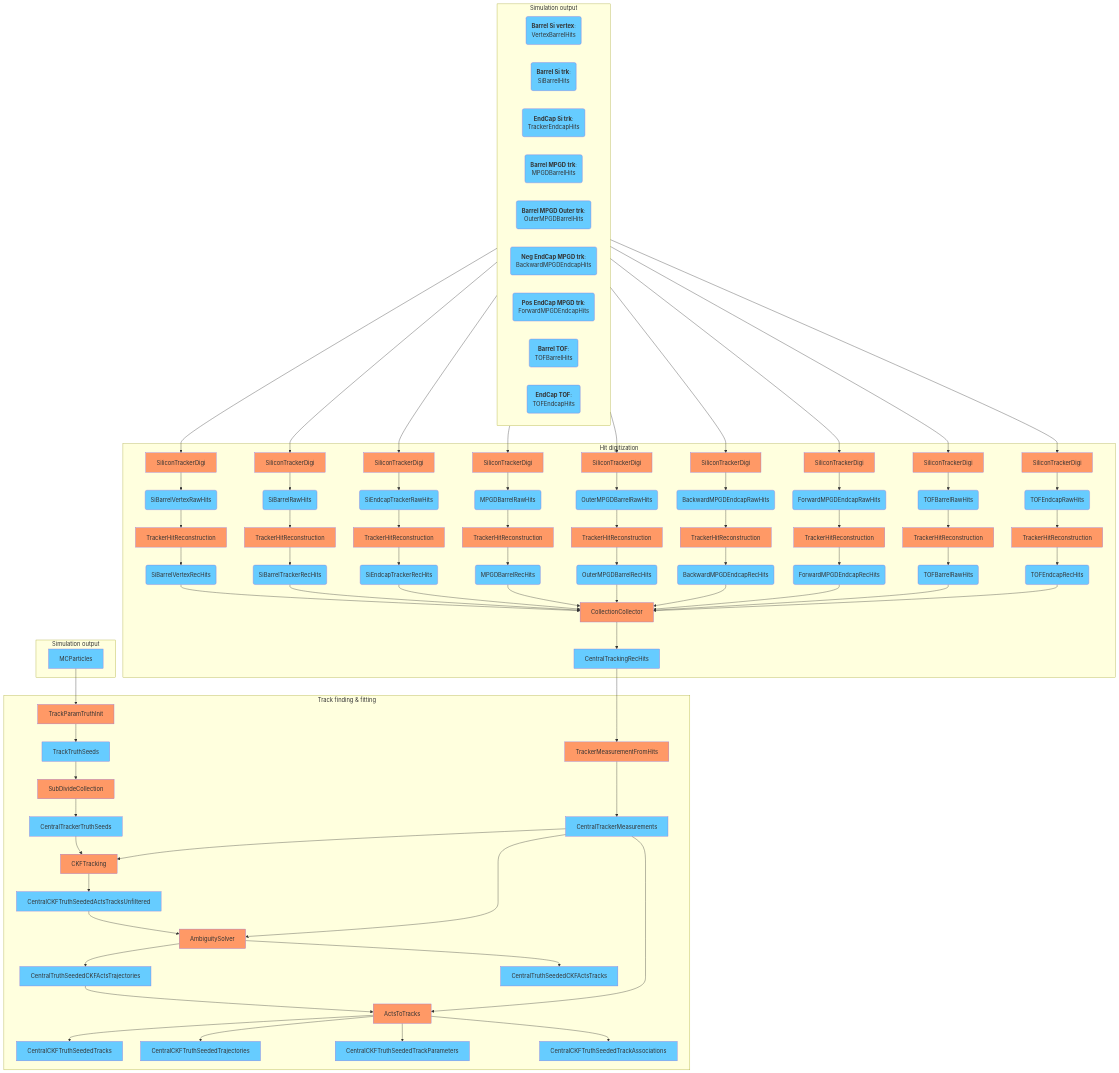
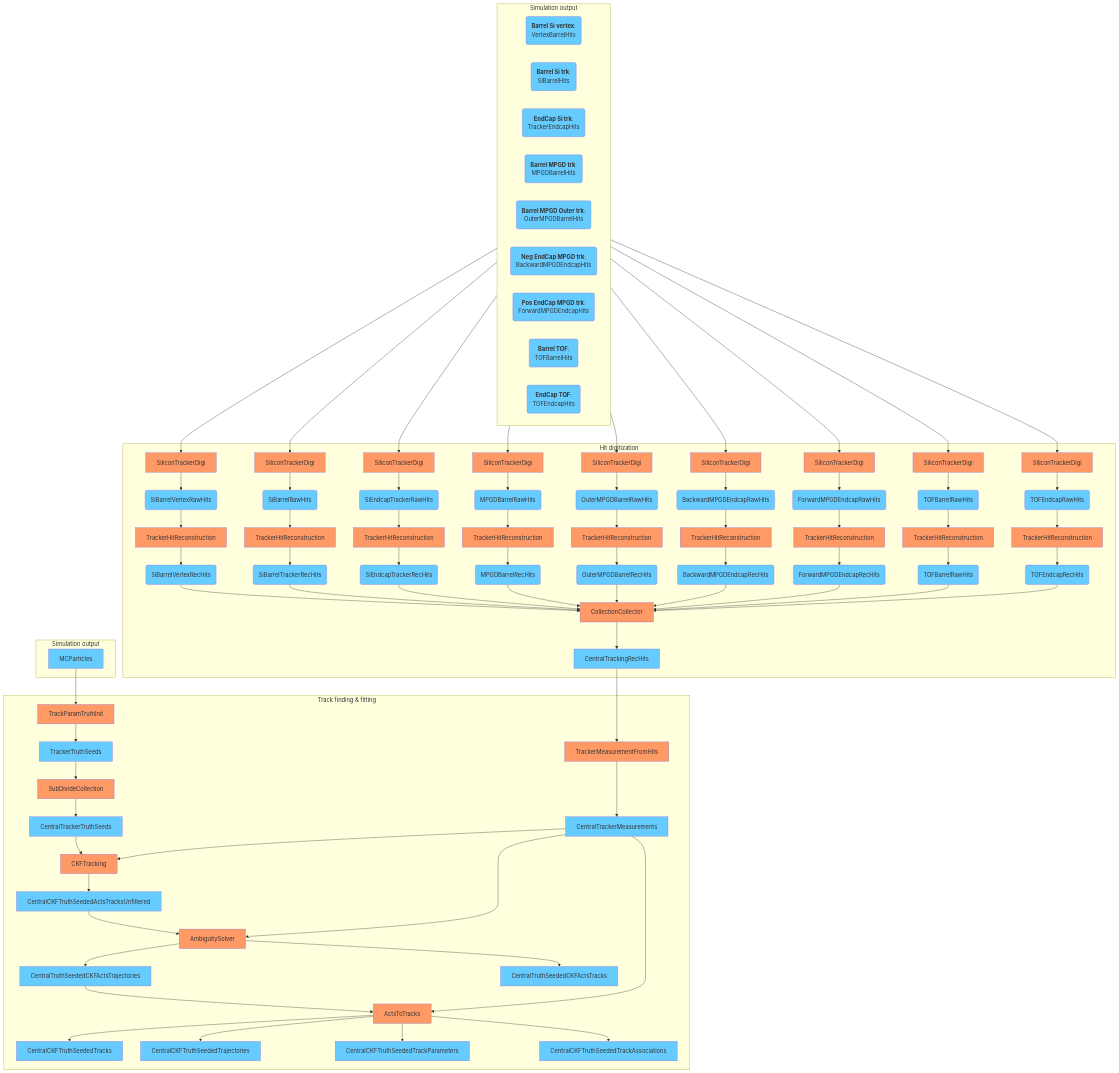
One commit to eic/EICrecon changed the fourth of 4 diagrams in docs/design/tracking.md. Above: the diagram before and after it, drawn with Mermaid. The commit also changed 2 other files, not shown here.

```diff
--- a/docs/design/tracking.md
+++ b/docs/design/tracking.md
@@ -272,9 +272,9 @@
     TrackerHitsConverter ---> TrackerHitsOnSurface[CentralTrackerMeasurements]:::col
 
     MCParticles --> TrackParamTruthInit:::alg
-    TrackParamTruthInit --> TrackTruthSeeds:::col
+    TrackParamTruthInit --> TrackerTruthSeeds:::col
 
-    TrackTruthSeeds --> SubDivideCollection:::alg
+    TrackerTruthSeeds --> SubDivideCollection:::alg
     SubDivideCollection --> CentralTrackerTruthSeeds:::col
 
     CKFTracking:::alg
```
